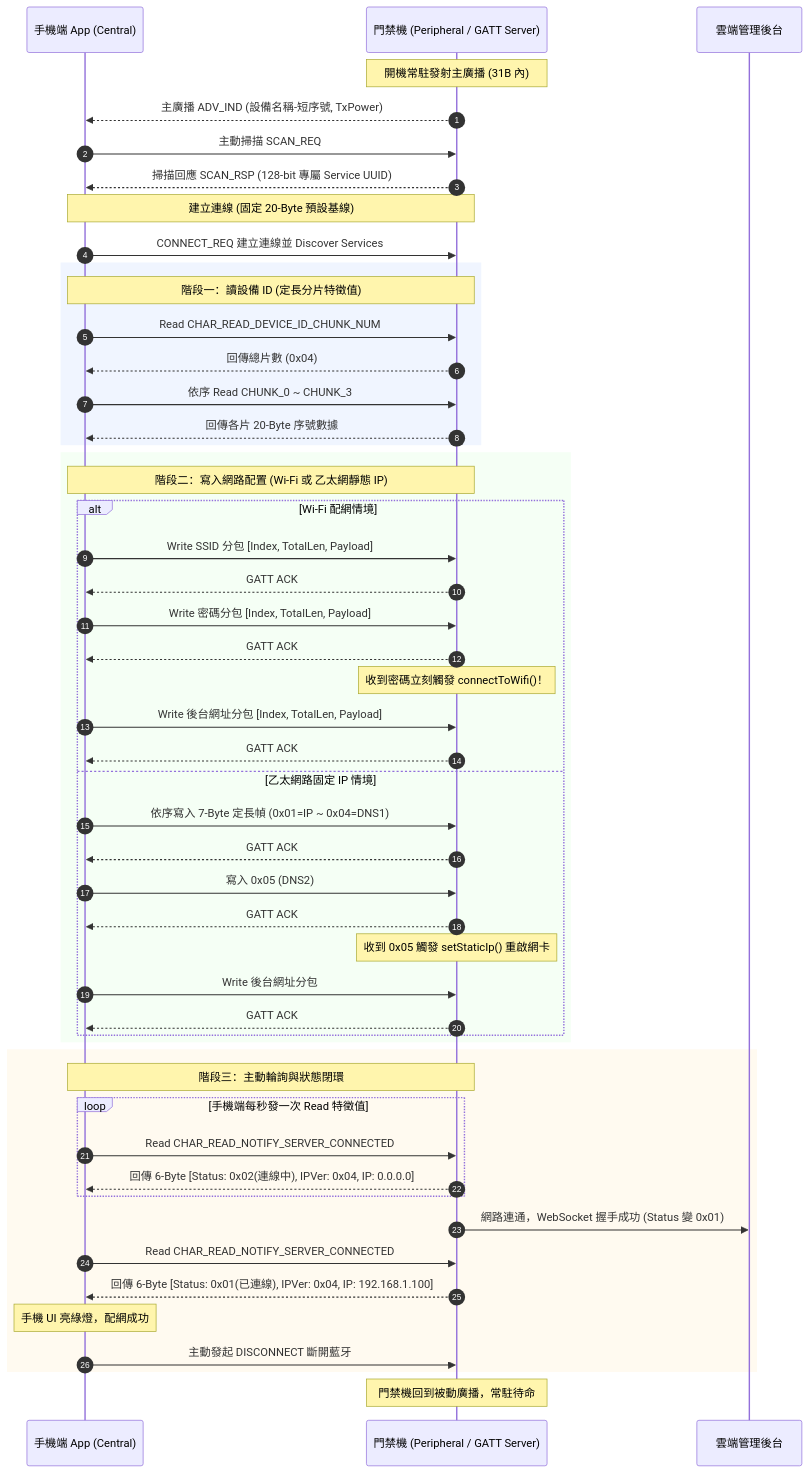
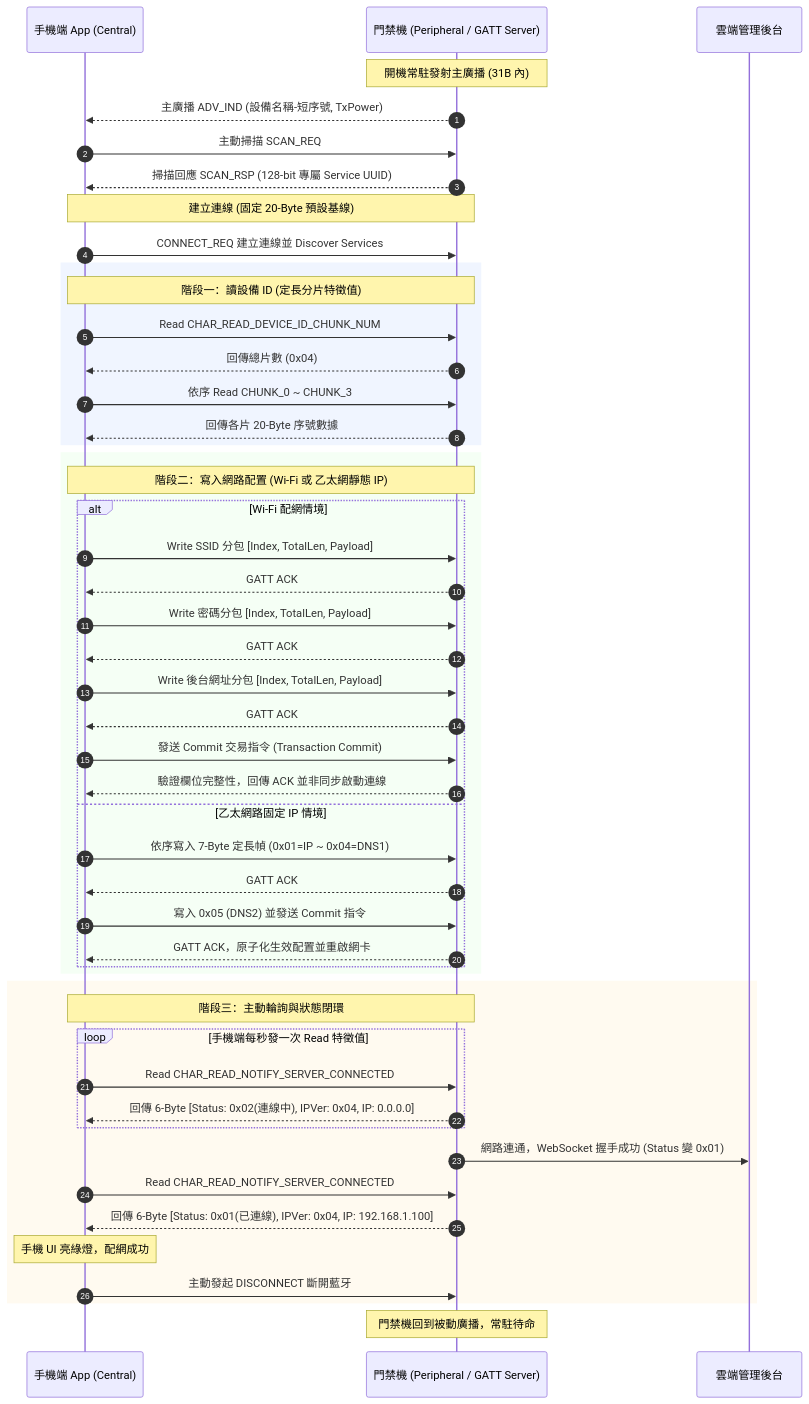
The diagram in posts/section01_edge_ai/14_門禁機當BLE_Peripheral現場踩坑記.md (boochlin06/blog), drawn with Mermaid before and after one commit. The commit also changed other lines of this file, not shown here.

Commit message:
refactor(blog14): upgrade BLE peripheral architecture with explicit transaction commit, FSM, and security baseline

````diff
--- a/posts/section01_edge_ai/14_門禁機當BLE_Peripheral現場踩坑記.md
+++ b/posts/section01_edge_ai/14_門禁機當BLE_Peripheral現場踩坑記.md
@@ -19,58 +19,56 @@
 ```mermaid
 sequenceDiagram
     autonumber
     participant M as 手機端 App (Central)
     participant D as 門禁機 (Peripheral / GATT Server)
     participant S as 雲端管理後台
 
     Note over D: 開機常駐發射主廣播 (31B 內)
     D-->>M: 主廣播 ADV_IND (設備名稱-短序號, TxPower)
     M->>D: 主動掃描 SCAN_REQ
     D-->>M: 掃描回應 SCAN_RSP (128-bit 專屬 Service UUID)
     
     Note over M,D: 建立連線 (固定 20-Byte 預設基線)
     M->>D: CONNECT_REQ 建立連線並 Discover Services
 
     rect rgb(240, 245, 255)
     Note over M,D: 階段一：讀設備 ID (定長分片特徵值)
     M->>D: Read CHAR_READ_DEVICE_ID_CHUNK_NUM
     D-->>M: 回傳總片數 (0x04)
     M->>D: 依序 Read CHUNK_0 ~ CHUNK_3
     D-->>M: 回傳各片 20-Byte 序號數據
     end
 
     rect rgb(245, 255, 245)
     Note over M,D: 階段二：寫入網路配置 (Wi-Fi 或 乙太網靜態 IP)
     alt Wi-Fi 配網情境
         M->>D: Write SSID 分包 [Index, TotalLen, Payload]
         D-->>M: GATT ACK
         M->>D: Write 密碼分包 [Index, TotalLen, Payload]
         D-->>M: GATT ACK
-        Note over D: 收到密碼立刻觸發 connectToWifi()！
         M->>D: Write 後台網址分包 [Index, TotalLen, Payload]
         D-->>M: GATT ACK
+        M->>D: 發送 Commit 交易指令 (Transaction Commit)
+        D-->>M: 驗證欄位完整性，回傳 ACK 並非同步啟動連線
     else 乙太網路固定 IP 情境
         M->>D: 依序寫入 7-Byte 定長幀 (0x01=IP ~ 0x04=DNS1)
         D-->>M: GATT ACK
-        M->>D: 寫入 0x05 (DNS2)
-        D-->>M: GATT ACK
-        Note over D: 收到 0x05 觸發 setStaticIp() 重啟網卡
-        M->>D: Write 後台網址分包
-        D-->>M: GATT ACK
+        M->>D: 寫入 0x05 (DNS2) 並發送 Commit 指令
+        D-->>M: GATT ACK，原子化生效配置並重啟網卡
     end
     end
 
     rect rgb(255, 250, 240)
     Note over M,D: 階段三：主動輪詢與狀態閉環
     loop 手機端每秒發一次 Read 特徵值
         M->>D: Read CHAR_READ_NOTIFY_SERVER_CONNECTED
         D-->>M: 回傳 6-Byte [Status: 0x02(連線中), IPVer: 0x04, IP: 0.0.0.0]
     end
     D->>S: 網路連通，WebSocket 握手成功 (Status 變 0x01)
     M->>D: Read CHAR_READ_NOTIFY_SERVER_CONNECTED
     D-->>M: 回傳 6-Byte [Status: 0x01(已連線), IPVer: 0x04, IP: 192.168.1.100]
     Note over M: 手機 UI 亮綠燈，配網成功
     M->>D: 主動發起 DISCONNECT 斷開藍牙
     end
     Note over D: 門禁機回到被動廣播，常駐待命
 ```
````
